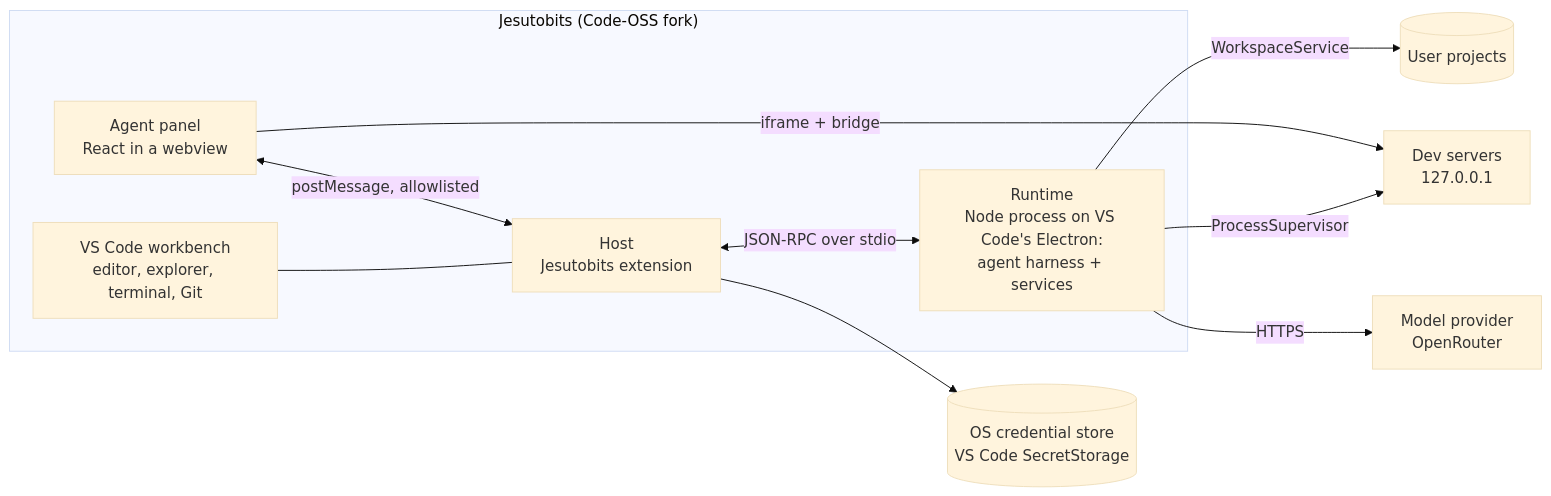
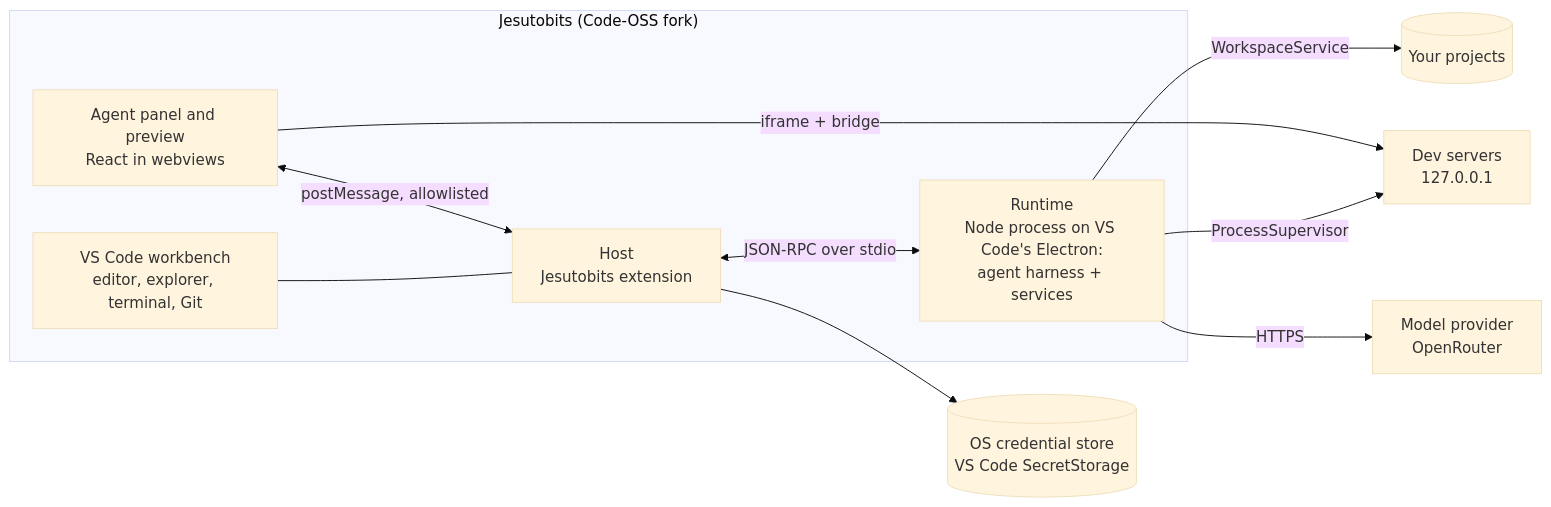
Before and after one commit to divinefavourak/jesutobits: the diagram in README.md, drawn with Mermaid (base theme). The commit also changed other lines of this file and 1 other file, not shown here.

````diff
--- a/README.md
+++ b/README.md
@@ -45,21 +48,21 @@
 ```mermaid
 flowchart LR
     subgraph app["Jesutobits (Code-OSS fork)"]
         VS["VS Code workbench<br/>editor, explorer, terminal, Git"]
-        WB["Agent panel<br/>React in a webview"]
+        WB["Agent panel and preview<br/>React in webviews"]
         H["Host<br/>Jesutobits extension"]
         RT["Runtime<br/>Node process on VS Code's Electron:<br/>agent harness + services"]
     end
-    P[("User projects")]
+    P[("Your projects")]
     DS["Dev servers<br/>127.0.0.1"]
     M["Model provider<br/>OpenRouter"]
     K[("OS credential store<br/>VS Code SecretStorage")]
     VS --- H
     WB <-->|postMessage, allowlisted| H
     H <-->|JSON-RPC over stdio| RT
     H --> K
     RT -->|WorkspaceService| P
     RT -->|ProcessSupervisor| DS
     WB -->|iframe + bridge| DS
     RT -->|HTTPS| M
 ```
````
